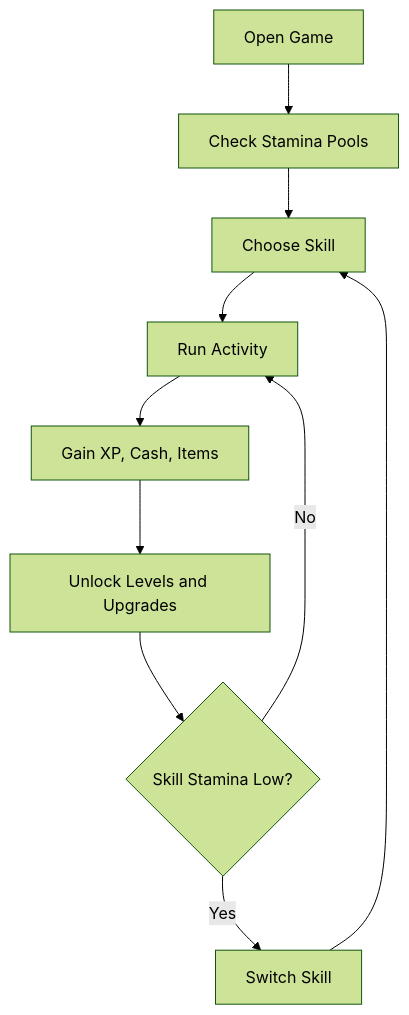
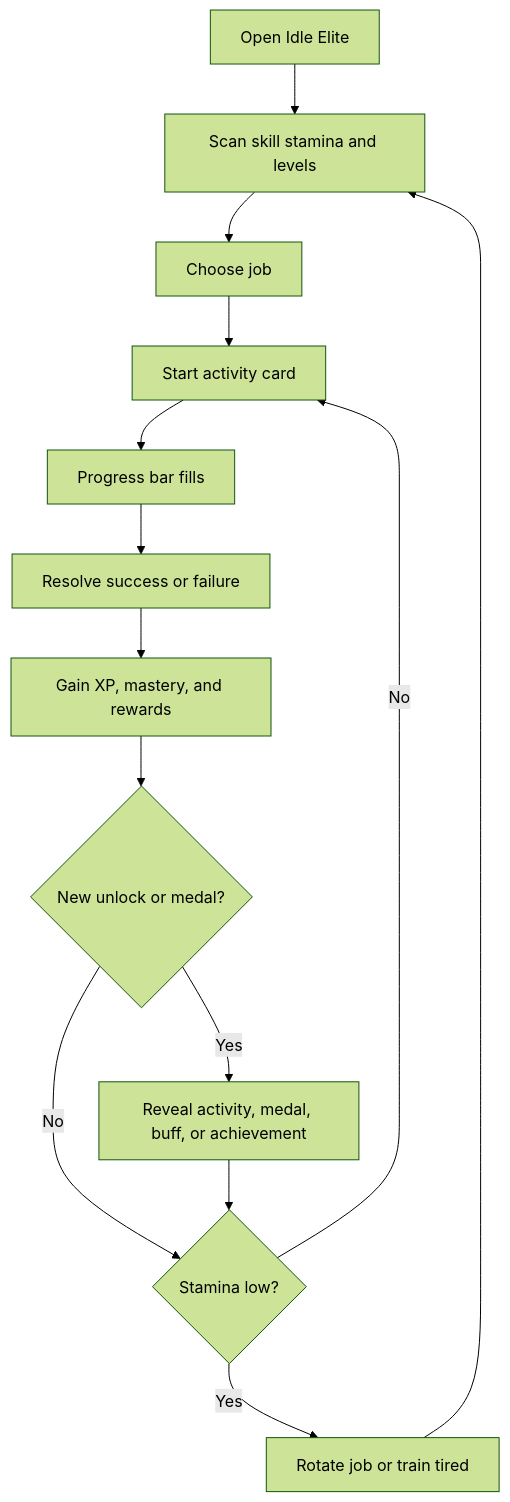
Before and after one commit to bknepprath/IdleElite: the diagram in docs/product-requirements.md, drawn with Mermaid (forest theme). The commit also changed other lines of this file and 79 other files, not shown here.

````diff
--- a/docs/product-requirements.md
+++ b/docs/product-requirements.md
@@ -43,12 +160,16 @@
 ```mermaid
 flowchart TD
-    A["Open Game"] --> B["Check Stamina Pools"]
-    B --> C["Choose Skill"]
-    C --> D["Run Activity"]
-    D --> E["Gain XP, Cash, Items"]
-    E --> F["Unlock Levels and Upgrades"]
-    F --> G{"Skill Stamina Low?"}
-    G -- "Yes" --> H["Switch Skill"]
-    G -- "No" --> D
-    H --> C
+    A["Open Idle Elite"] --> B["Scan skill stamina and levels"]
+    B --> C["Choose job"]
+    C --> D["Start activity card"]
+    D --> E["Progress bar fills"]
+    E --> F["Resolve success or failure"]
+    F --> G["Gain XP, mastery, and rewards"]
+    G --> H{"New unlock or medal?"}
+    H -- "Yes" --> I["Reveal activity, medal, buff, or achievement"]
+    H -- "No" --> J{"Stamina low?"}
+    I --> J
+    J -- "Yes" --> K["Rotate job or train tired"]
+    J -- "No" --> D
+    K --> B
 ```
````
